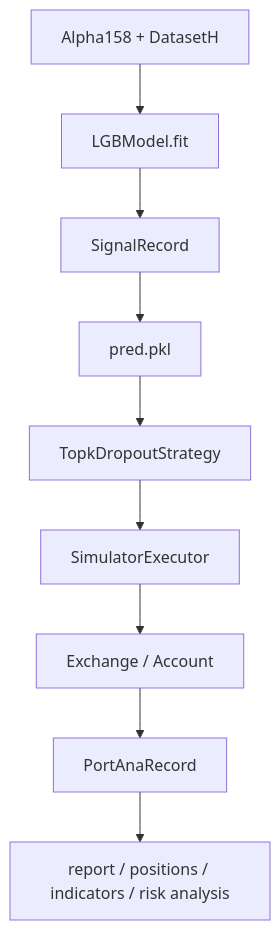
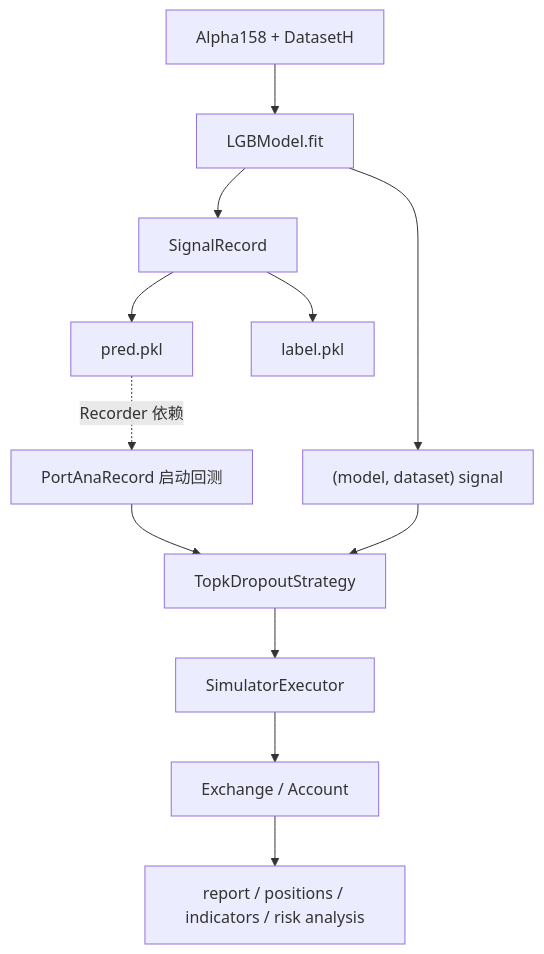
The first of 2 diagrams in qlib-demos/12-native-backtest-architecture/README.md (mindandhand/finance-llm-apps-roadmap), drawn with Mermaid before and after one commit. The commit also changed other lines of this file and 1 other file, not shown here.

````diff
--- a/qlib-demos/12-native-backtest-architecture/README.md
+++ b/qlib-demos/12-native-backtest-architecture/README.md
@@ -11,11 +11,14 @@
 ```mermaid
 graph TD
     A["Alpha158 + DatasetH"] --> B["LGBModel.fit"]
     B --> C["SignalRecord"]
     C --> D["pred.pkl"]
-    D --> E["TopkDropoutStrategy"]
-    E --> F["SimulatorExecutor"]
-    F --> G["Exchange / Account"]
-    G --> H["PortAnaRecord"]
-    H --> I["report / positions / indicators / risk analysis"]
+    C --> E["label.pkl"]
+    B --> F["(model, dataset) signal"]
+    D -. "Recorder 依赖" .-> G["PortAnaRecord 启动回测"]
+    G --> H["TopkDropoutStrategy"]
+    F --> H
+    H --> I["SimulatorExecutor"]
+    I --> J["Exchange / Account"]
+    J --> K["report / positions / indicators / risk analysis"]
 ```
````
